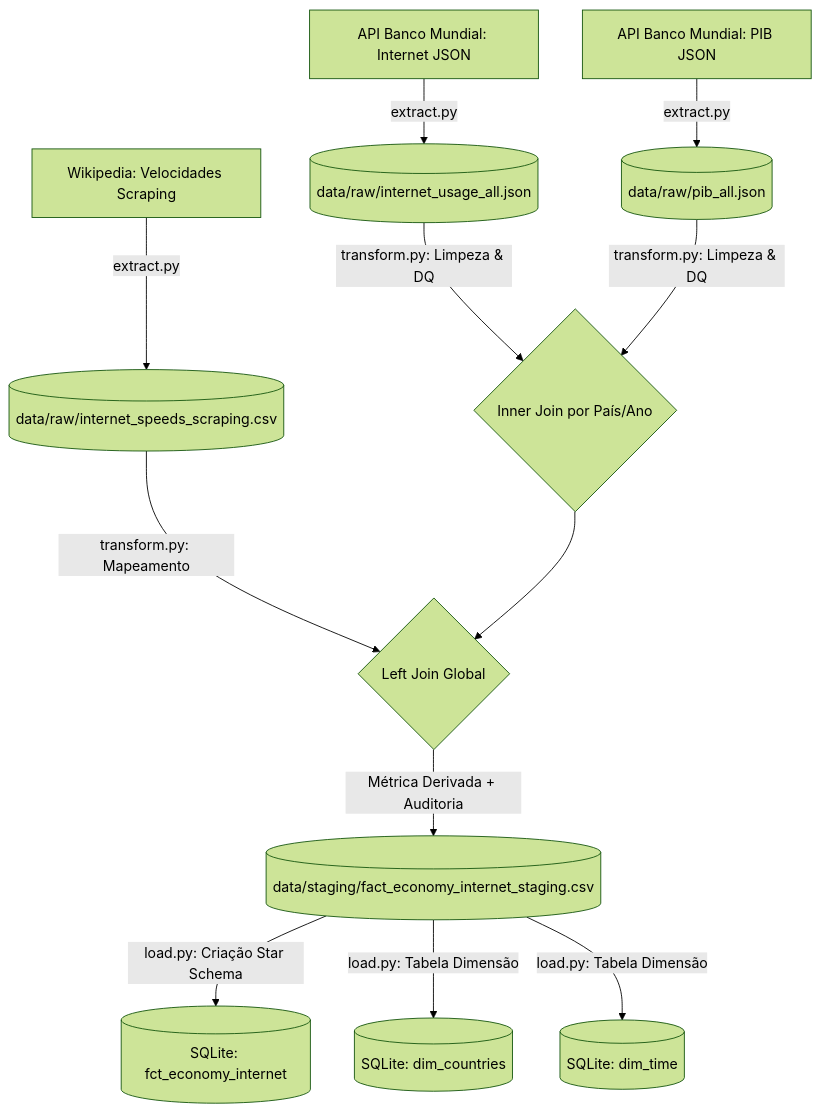
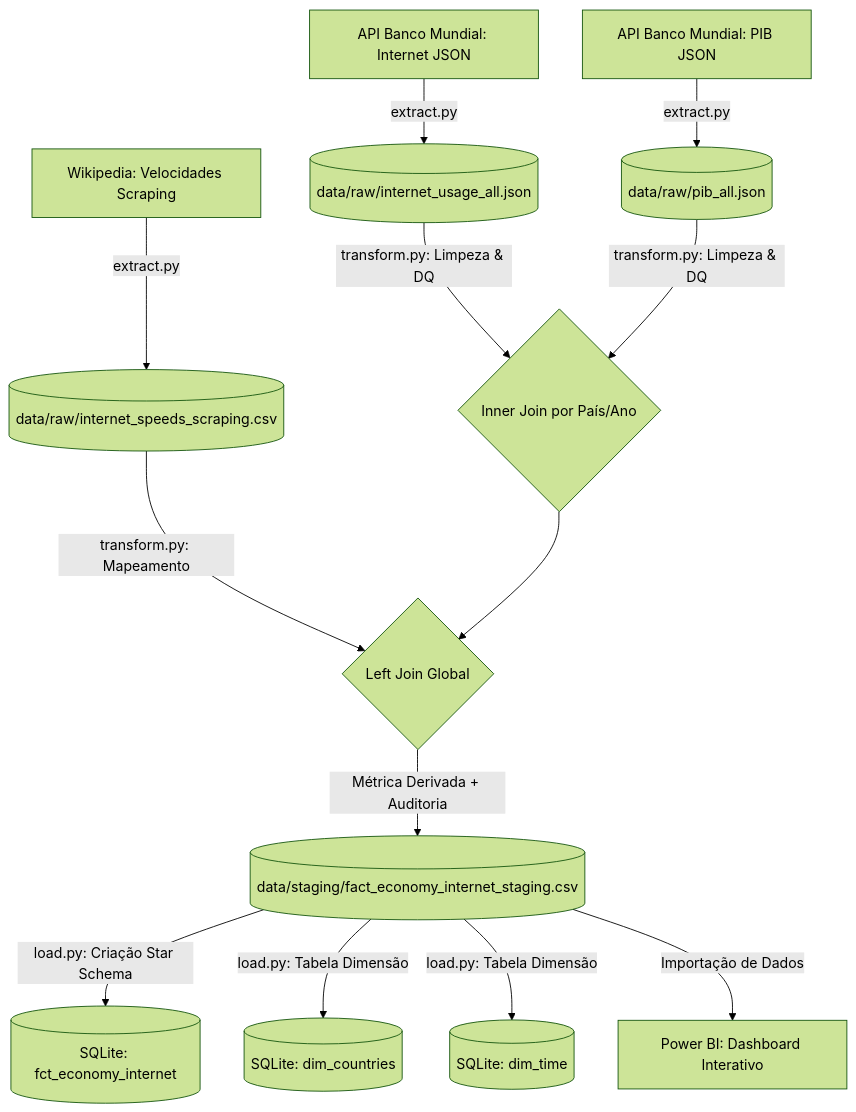
The diagram in PycharmProjects/PFExtração/README.md (SimaoAbranches/PFExtra-o), drawn with Mermaid (forest theme) before and after one commit. The commit also changed other lines of this file, not shown here.

````diff
--- a/PycharmProjects/PFExtração/README.md
+++ b/PycharmProjects/PFExtração/README.md
@@ -35,19 +37,22 @@
 ```mermaid
 graph TD
     %% Extract Phase
     A[API Banco Mundial: Internet JSON] -->|extract.py| B[(data/raw/internet_usage_all.json)]
     C[API Banco Mundial: PIB JSON] -->|extract.py| D[(data/raw/pib_all.json)]
     E[Wikipedia: Velocidades Scraping] -->|extract.py| F[(data/raw/internet_speeds_scraping.csv)]
 
     %% Transform Phase
     B -->|transform.py: Limpeza & DQ| G{Inner Join por País/Ano}
     D -->|transform.py: Limpeza & DQ| G
     F -->|transform.py: Mapeamento| H{Left Join Global}
     G --> H
     H -->|Métrica Derivada + Auditoria| I[(data/staging/fact_economy_internet_staging.csv)]
 
     %% Load Phase
     I -->|load.py: Criação Star Schema| J[(SQLite: fct_economy_internet)]
     I -->|load.py: Tabela Dimensão| K[(SQLite: dim_countries)]
     I -->|load.py: Tabela Dimensão| L[(SQLite: dim_time)]
+
+    %% Presentation Phase
+    I -->|Importação de Dados| M[Power BI: Dashboard Interativo]
 ```
````
